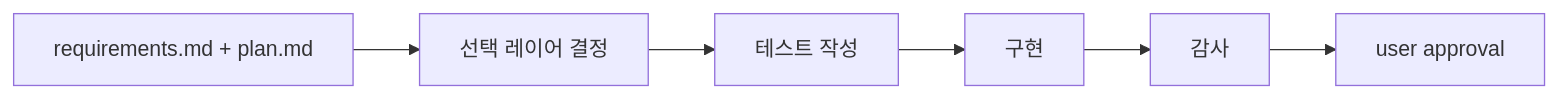
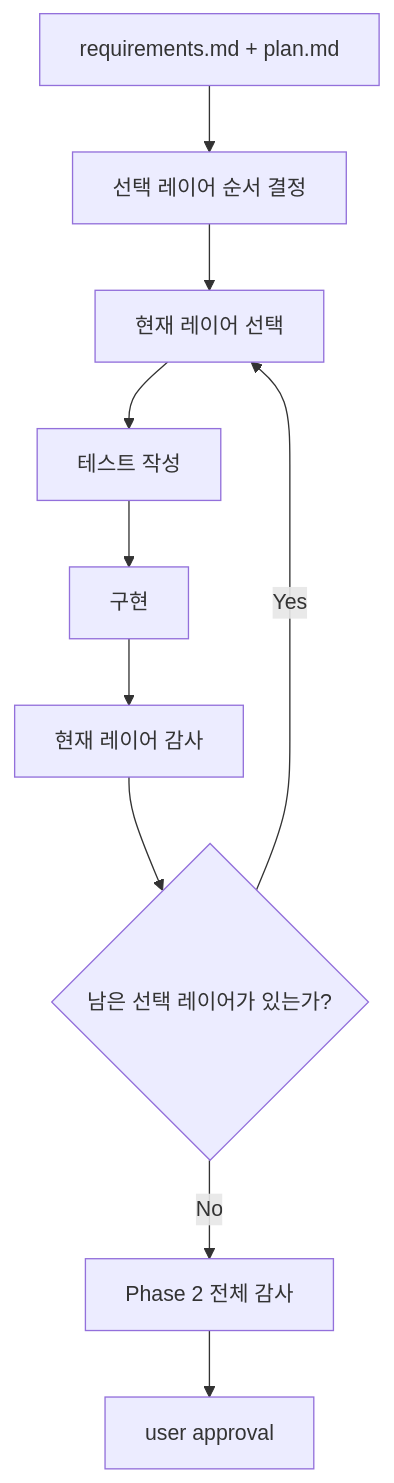
Before and after one commit to JisungValue/harness-kit: the fourth of 8 diagrams in README.md, drawn with Mermaid. The commit also changed other lines of this file, not shown here.

Commit message:
clarify README adoption and phase flow

````diff
--- a/README.md
+++ b/README.md
@@ -109,8 +84,12 @@
 ```mermaid
-flowchart LR
-    A[requirements.md + plan.md] --> B[선택 레이어 결정]
-    B --> C[테스트 작성]
-    C --> D[구현]
-    D --> E[감사]
-    E --> F[user approval]
+flowchart TD
+    A[requirements.md + plan.md] --> B[선택 레이어 순서 결정]
+    B --> C[현재 레이어 선택]
+    C --> D[테스트 작성]
+    D --> E[구현]
+    E --> F[현재 레이어 감사]
+    F --> G{남은 선택 레이어가 있는가?}
+    G -->|Yes| C
+    G -->|No| H[Phase 2 전체 감사]
+    H --> I[user approval]
 ```
````
